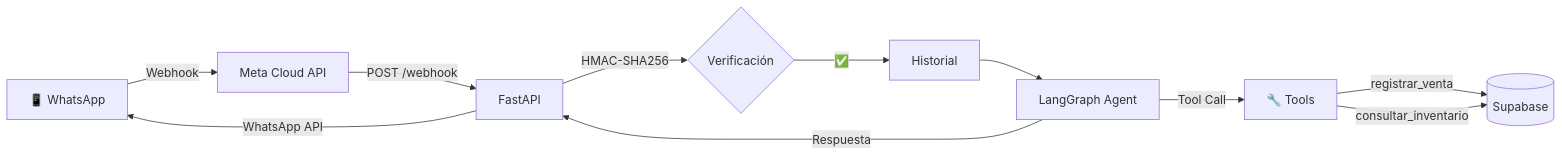
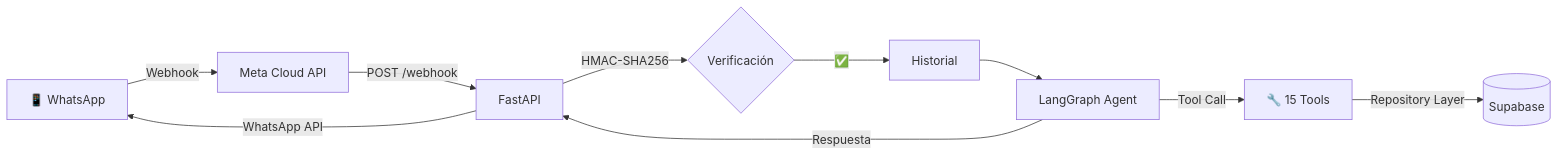
One commit to Atlaros/Quipu-AI changed the diagram in README.md. Above: the diagram before and after it, drawn with Mermaid. The commit also changed other lines of this file and 58 other files, not shown here.

````diff
--- a/README.md
+++ b/README.md
@@ -30,13 +30,12 @@
 ```mermaid
 graph LR
     WA[📱 WhatsApp] -->|Webhook| META[Meta Cloud API]
     META -->|POST /webhook| API[FastAPI]
     API -->|HMAC-SHA256| SEC{Verificación}
     SEC -->|✅| HIST[Historial]
     HIST --> AGENT[LangGraph Agent]
-    AGENT -->|Tool Call| TOOLS[🔧 Tools]
-    TOOLS -->|registrar_venta| DB[(Supabase)]
-    TOOLS -->|consultar_inventario| DB
+    AGENT -->|Tool Call| TOOLS[🔧 15 Tools]
+    TOOLS -->|Repository Layer| DB[(Supabase)]
     AGENT -->|Respuesta| API
     API -->|WhatsApp API| WA
 ```
````
